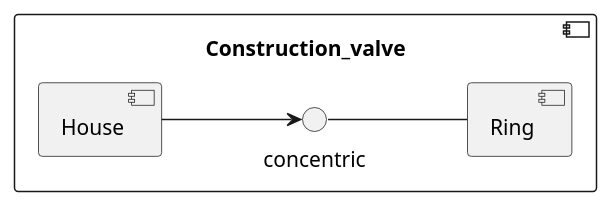
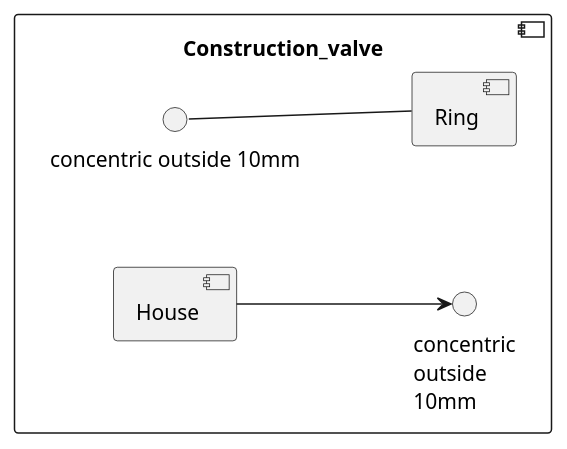
Before and after one commit to Timon14kraan/Project-Proces-and-Safety: the second of 2 diagrams in src/Introduction.md, drawn with PlantUML. The commit also changed other lines of this file and 2 other files, not shown here.

````diff
--- a/src/Introduction.md
+++ b/src/Introduction.md
@@ -64,21 +63,21 @@
 ```plantuml
 @startuml Process_and_Safety
 skinparam backgroundColor transparent
 left to right direction
 'skinparam linetype ortho
 
 component Construction_valve {
     
     [Ring]
-    () "concentric" -- Ring
+    () "concentric outside 10mm" -- Ring
 
 
 
     [House]
-    House --> "concentric"
+    House --> "concentric\noutside\n10mm"
 
     
 }
 
 @enduml
 ```
````
